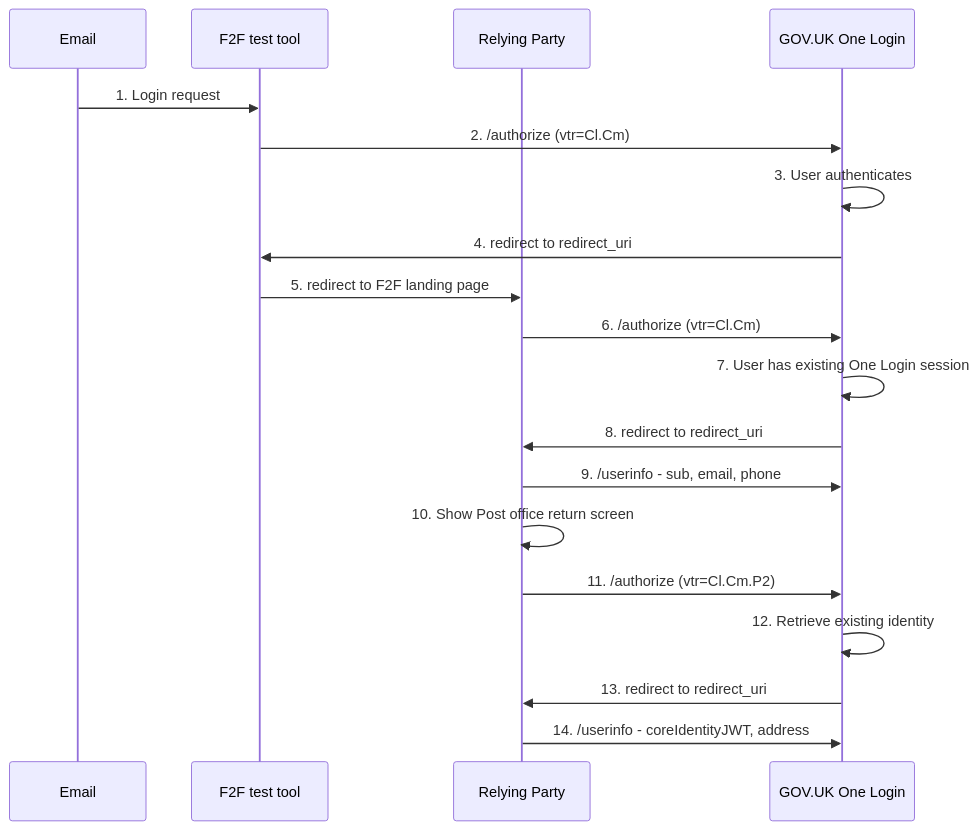
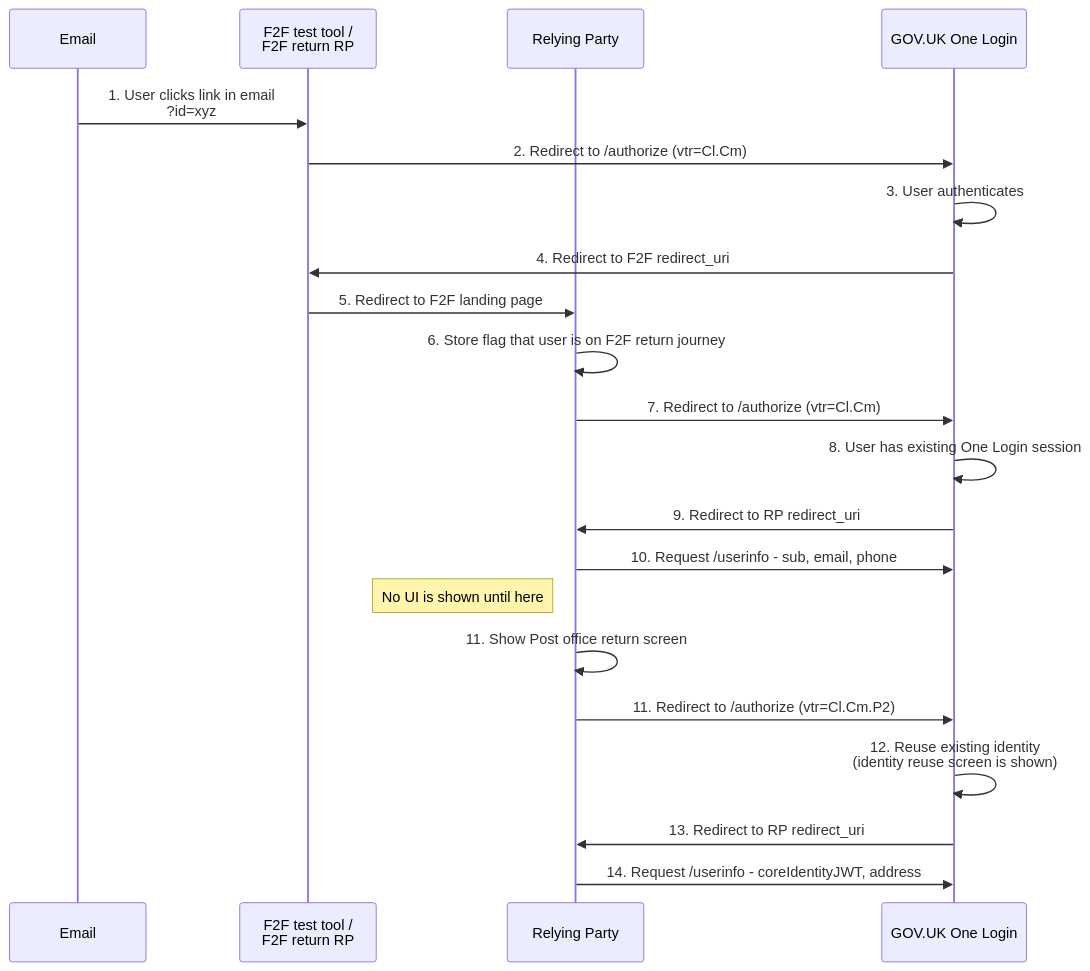
One commit to govuk-one-login/onboarding-examples changed the second of 2 diagrams in tools/f2f-test/README.md. Above: the diagram before and after it, drawn with Mermaid.

Commit message:
Update sequence diagram in README.md

````diff
--- a/tools/f2f-test/README.md
+++ b/tools/f2f-test/README.md
@@ -57,23 +57,25 @@
 ```mermaid
 
 sequenceDiagram
     participant E as Email
-    participant F as F2F test tool    
+    participant F as F2F test tool /<br> F2F return RP
     participant R as Relying Party
     participant O as GOV.UK One Login
-    E->>F: 1. Login request
-    F->>O: 2. /authorize (vtr=Cl.Cm)
+    E->>F: 1. User clicks link in email <br> ?id=xyz
+    F->>O: 2. Redirect to /authorize (vtr=Cl.Cm)
     O->>O: 3. User authenticates
-    O->>F: 4. redirect to redirect_uri
-    F->>R: 5. redirect to F2F landing page
-    R->>O: 6. /authorize  (vtr=Cl.Cm)
-    O->>O: 7. User has existing One Login session
-    O->>R: 8. redirect to redirect_uri
-    R->>O: 9. /userinfo - sub, email, phone
-    R->>R: 10. Show Post office return screen
-    R->>O: 11. /authorize  (vtr=Cl.Cm.P2)
-    O->>O: 12. Retrieve existing identity
-    O->>R: 13. redirect to redirect_uri
-    R->>O: 14. /userinfo - coreIdentityJWT, address
+    O->>F: 4. Redirect to F2F redirect_uri
+    F->>R: 5. Redirect to F2F landing page
+    R->>R: 6. Store flag that user is on F2F return journey 
+    R->>O: 7. Redirect to /authorize  (vtr=Cl.Cm)
+    O->>O: 8. User has existing One Login session
+    O->>R: 9. Redirect to RP redirect_uri
+    R->>O: 10. Request /userinfo - sub, email, phone
+    Note left of R: No UI is shown until here
+    R->>R: 11. Show Post office return screen    
+    R->>O: 11. Redirect to /authorize  (vtr=Cl.Cm.P2)
+    O->>O: 12. Reuse existing identity<br>(identity reuse screen is shown)
+    O->>R: 13. Redirect to RP redirect_uri
+    R->>O: 14. Request /userinfo - coreIdentityJWT, address
 
 ```
````
